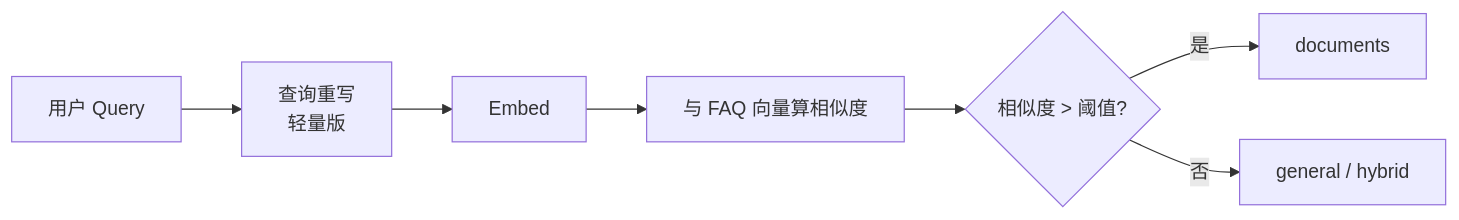
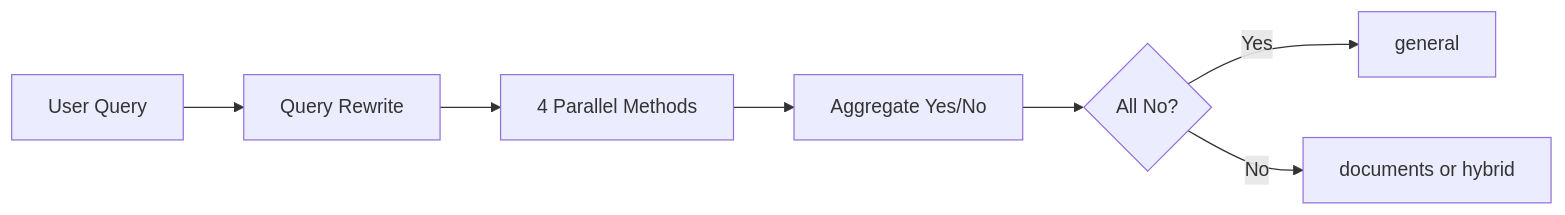
One commit to lenhop/IC-RAG-Agent changed the third of 3 diagrams in docs/ANSWER_MODEL_IDENTITY_NEW.md. Above: the diagram before and after it, drawn with Mermaid. The commit also changed other lines of this file and 29 other files, not shown here.

````diff
--- a/docs/ANSWER_MODEL_IDENTITY_NEW.md
+++ b/docs/ANSWER_MODEL_IDENTITY_NEW.md
@@ -118,9 +135,9 @@
 ```mermaid
 flowchart LR
-    A[用户 Query] --> B[查询重写<br/>轻量版]
-    B --> C[Embed]
-    C --> D[与 FAQ 向量算相似度]
-    D --> E{相似度 > 阈值?}
-    E -->|是| F[documents]
-    E -->|否| G[general / hybrid]
+    A[User Query] --> B[Query Rewrite]
+    B --> C[4 Parallel Methods]
+    C --> D[Aggregate Yes/No]
+    D --> E{All No?}
+    E -->|Yes| F[general]
+    E -->|No| G[documents or hybrid]
 ```
````
